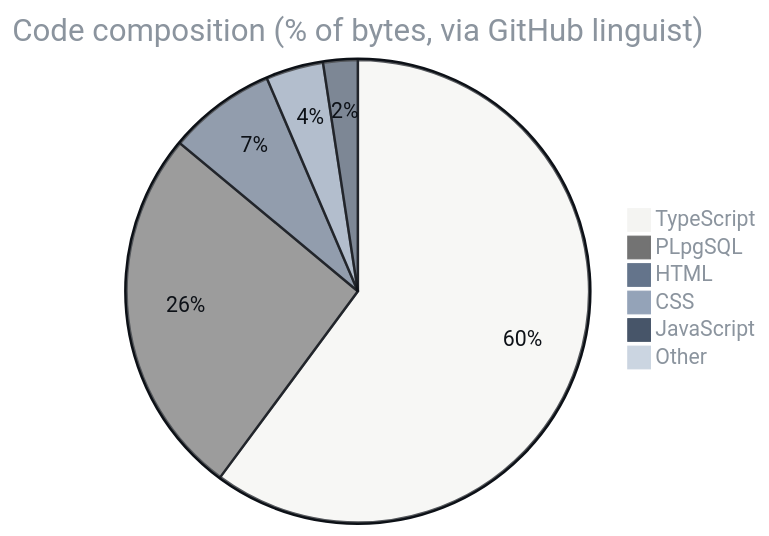
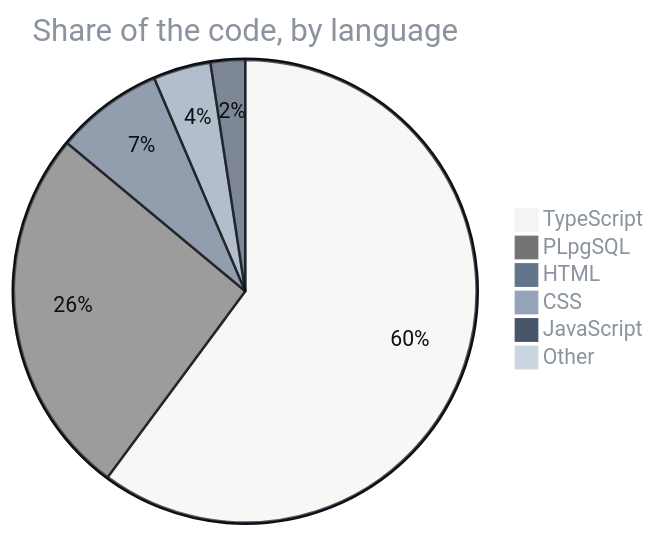
Before and after one commit to F0rger123/Agency-Zero: the third of 3 diagrams in README.md, drawn with Mermaid. The commit also changed other lines of this file and 3 other files, not shown here.

First line of the commit message:
docs: plain-English diagrams and an AI guide for pasted links [skip ci]

````diff
--- a/README.md
+++ b/README.md
@@ -108,10 +93,10 @@
 ```mermaid
 %%{init: {'theme':'base','themeVariables':{'pie1':'#f4f4f2','pie2':'#737373','pie3':'#64748b','pie4':'#94a3b8','pie5':'#475569','pie6':'#cbd5e1','pie7':'#334155','pieStrokeColor':'#0d1117','pieOuterStrokeColor':'#0d1117','pieTitleTextColor':'#8b949e','pieLegendTextColor':'#8b949e','pieSectionTextColor':'#0d1117'}}}%%
-pie title Code composition (% of bytes, via GitHub linguist)
+pie title Share of the code, by language
     "TypeScript" : 59.9
     "PLpgSQL" : 25.8
     "HTML" : 7.5
     "CSS" : 4.0
     "JavaScript" : 2.4
     "Other" : 0.4
 ```
````
